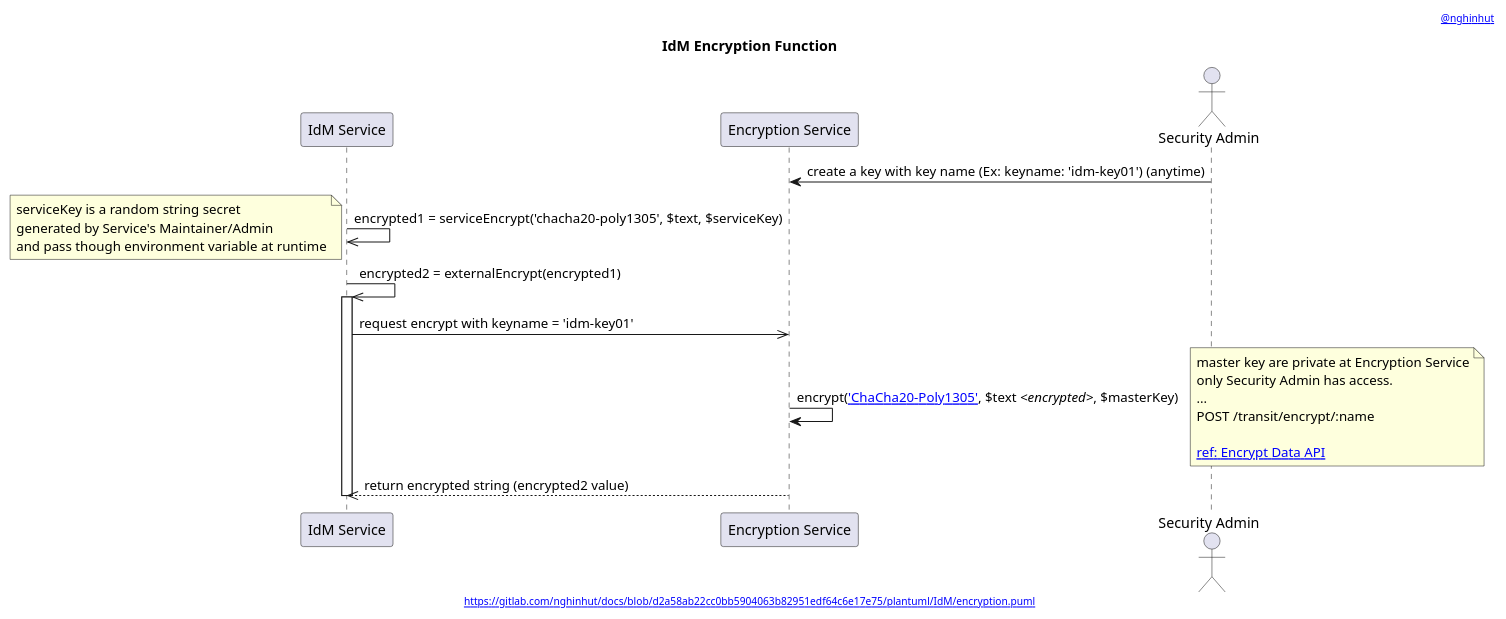
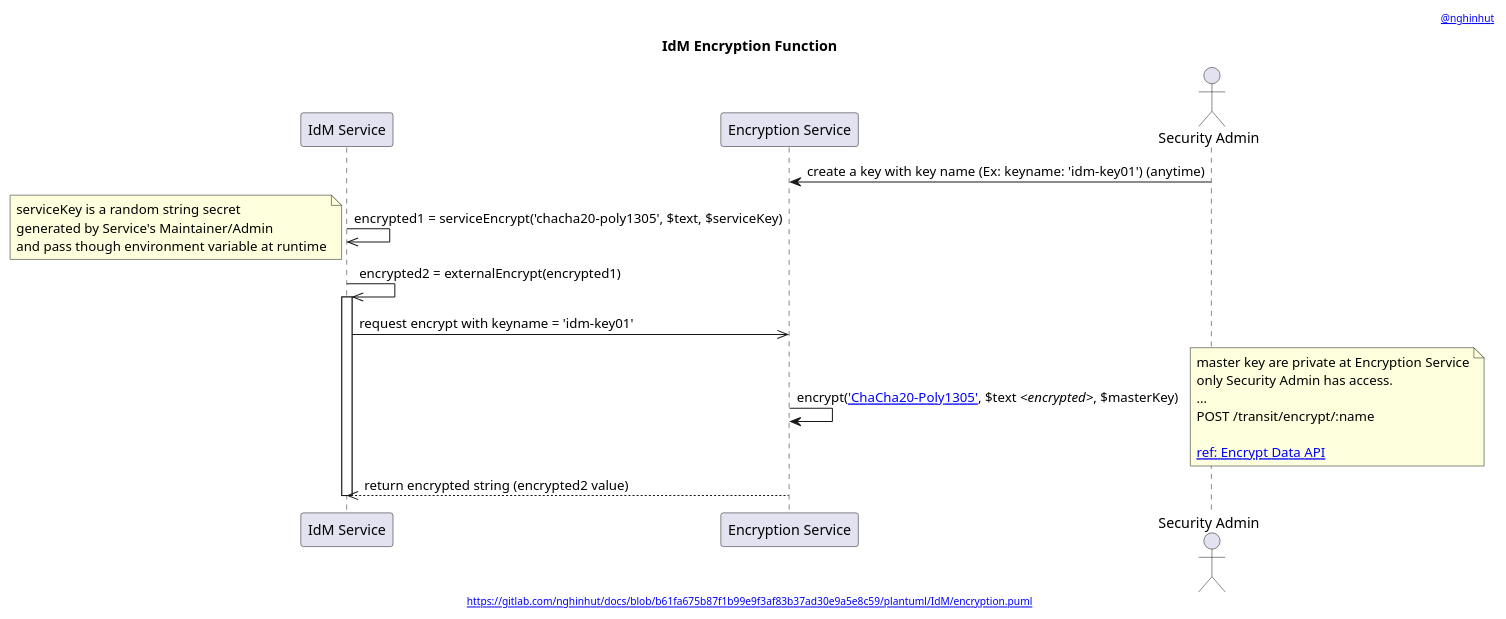
Before and after one commit to nghinhut/docs: the diagram in plantuml/IdM/encryption.function.puml, drawn with PlantUML. The commit also changed 24 other files, not shown here.

Commit message:
docs(plantuml): update headers

```diff
--- a/plantuml/IdM/encryption.function.puml
+++ b/plantuml/IdM/encryption.function.puml
@@ -1,35 +1,35 @@
 @startuml
 '-----START auto generated metadata please keep comment here to allow auto update-----
 '-----DON'T EDIT THIS SECTION, INSTEAD RE-RUN prebuild.sh TO UPDATE-----
-header [[https://www.nghinhut.dev?from=http%5C%3A%5C%2F%5C%2Fwww%5C.plantuml%5C.com%5C%2Fplantuml%5C%2Fproxy%3Ffmt%3Dsvg%5C%26src%3Dhttps%5C%3A%5C%2F%5C%2Fgitlab%5C.com%5C%2Fnghinhut%5C%2Fdocs%5C%2Fraw%5C%2Fd2a58ab22cc0bb5904063b82951edf64c6e17e75%5C%2Fplantuml%5C%2FIdM%5C%2Fencryption%5C.puml%0A @nghinhut]]
-footer [[http://www.plantuml.com/plantuml/proxy?fmt=svg&src=https://gitlab.com/nghinhut/docs/raw/d2a58ab22cc0bb5904063b82951edf64c6e17e75/plantuml/IdM/encryption.puml https://gitlab.com/nghinhut/docs/blob/d2a58ab22cc0bb5904063b82951edf64c6e17e75/plantuml/IdM/encryption.puml]]
+header [[https://www.nghinhut.dev?from=http%5C%3A%5C%2F%5C%2Fwww%5C.plantuml%5C.com%5C%2Fplantuml%5C%2Fproxy%3Ffmt%3Dsvg%5C%26src%3Dhttps%5C%3A%5C%2F%5C%2Fgitlab%5C.com%5C%2Fnghinhut%5C%2Fdocs%5C%2Fraw%5C%2Fb61fa675b87f1b99e9f3af83b37ad30e9a5e8c59%5C%2Fplantuml%5C%2FIdM%5C%2Fencryption%5C.puml%0A @nghinhut]]
+footer [[http://www.plantuml.com/plantuml/proxy?fmt=svg&src=https://gitlab.com/nghinhut/docs/raw/b61fa675b87f1b99e9f3af83b37ad30e9a5e8c59/plantuml/IdM/encryption.puml https://gitlab.com/nghinhut/docs/blob/b61fa675b87f1b99e9f3af83b37ad30e9a5e8c59/plantuml/IdM/encryption.puml]]
 '-----END auto generated metadata please keep comment here to allow auto update-----
 title IdM Encryption Function
 participant "IdM Service" as idm
 participant "Encryption Service" as es
 actor "Security Admin" as esAdmin
 
 es <- esAdmin : create a key with key name (Ex: keyname: 'idm-key01') (anytime)
 
 idm ->> idm : encrypted1 = serviceEncrypt('chacha20-poly1305', $text, $serviceKey)
 note left
     serviceKey is a random string secret
     generated by Service's Maintainer/Admin
     and pass though environment variable at runtime
 end note
 
 idm ->> idm : encrypted2 = externalEncrypt(encrypted1)
 activate idm
     idm ->> es : request encrypt with keyname = 'idm-key01'
         es -> es : encrypt([[https://www.vaultproject.io/docs/secrets/transit/index.html#chacha20-poly1305{ChaCha20-Poly1305 with a 256-bit key} 'ChaCha20-Poly1305']], $text //<encrypted>//, $masterKey)
         note right
             master key are private at Encryption Service
             only Security Admin has access.
             ...
             POST /transit/encrypt/:name
 
             [[https://www.vaultproject.io/api/secret/transit/index.html#encrypt-data ref: Encrypt Data API]]
         end note
     idm <<-- es : return encrypted string (encrypted2 value)
 deactivate idm
 @enduml
```
